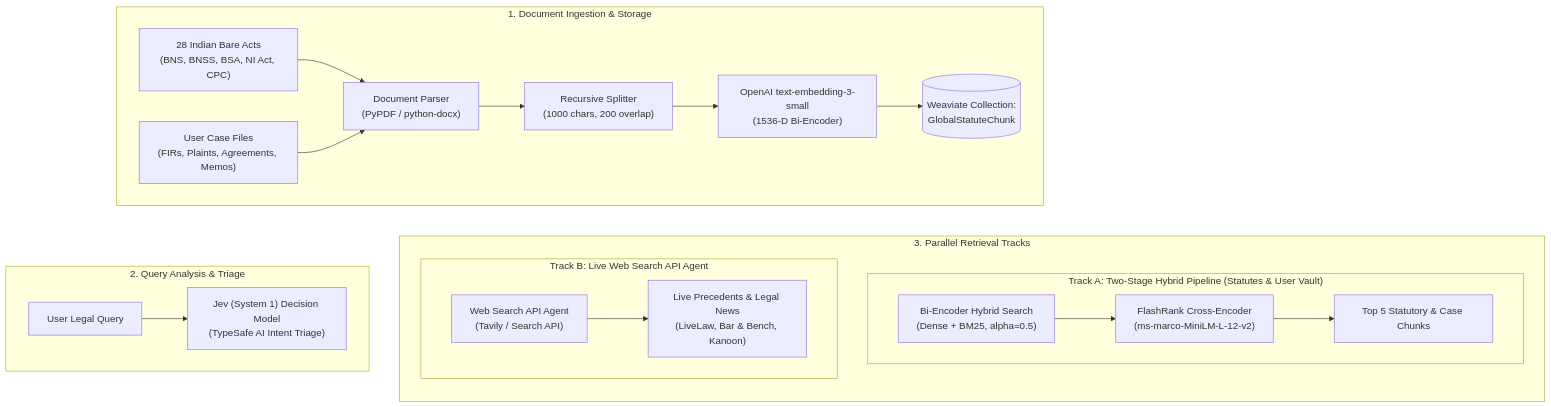
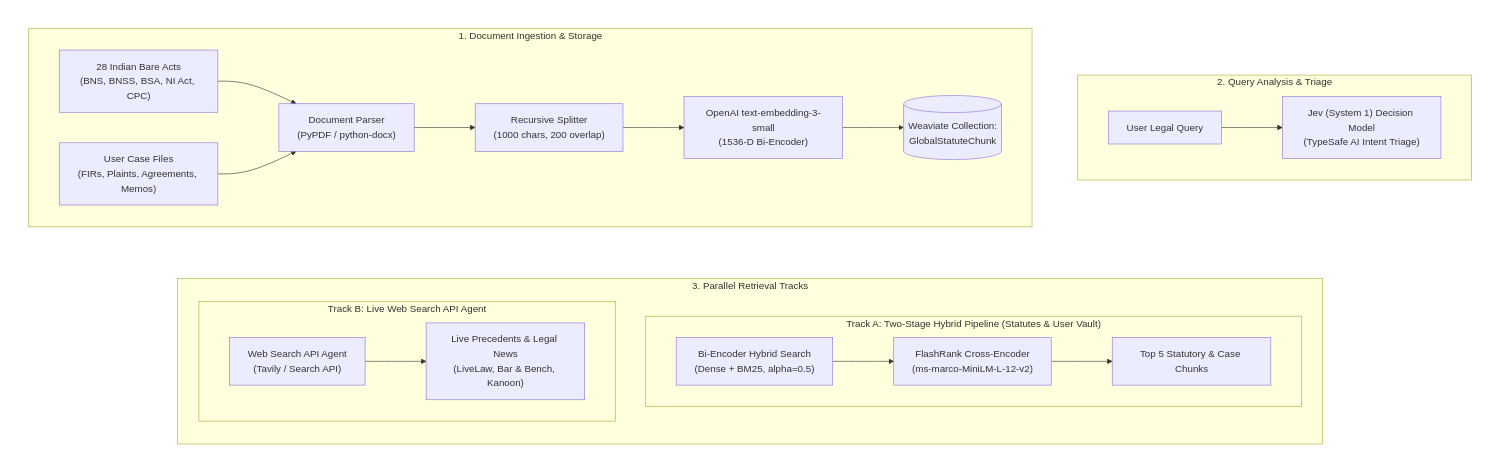
One commit to JaywardhanYadav/LegalDrishti-AI changed the first of 2 diagrams in README.md. Above: the diagram before and after it, drawn with Mermaid.

Commit message:
docs: align Box 1 and Box 2 side-by-side into one line with Box 3 below in V1 diagram

````diff
--- a/README.md
+++ b/README.md
@@ -35,37 +35,41 @@
 ```mermaid
-flowchart TB
-    subgraph INGEST_V1["1. Document Ingestion & Storage"]
+flowchart TD
+    subgraph ROW1[" "]
         direction LR
-        DOC_STATUTES["28 Indian Bare Acts\n(BNS, BNSS, BSA, NI Act, CPC)"]
-        DOC_USER["User Case Files\n(FIRs, Plaints, Agreements, Memos)"]
+        subgraph INGEST_V1["1. Document Ingestion & Storage"]
+            direction LR
+            DOC_STATUTES["28 Indian Bare Acts\n(BNS, BNSS, BSA, NI Act, CPC)"]
+            DOC_USER["User Case Files\n(FIRs, Plaints, Agreements, Memos)"]
 
-        DOC_STATUTES --> PARSER_V1["Document Parser\n(PyPDF / python-docx)"]
-        DOC_USER --> PARSER_V1
-        PARSER_V1 --> CHUNK_V1["Recursive Splitter\n(1000 chars, 200 overlap)"]
-        CHUNK_V1 --> EMBED_V1["OpenAI text-embedding-3-small\n(1536-D Bi-Encoder)"]
-        EMBED_V1 --> WEAVIATE_V1[("Weaviate Collection:\nGlobalStatuteChunk")]
+            DOC_STATUTES --> PARSER_V1["Document Parser\n(PyPDF / python-docx)"]
+            DOC_USER --> PARSER_V1
+            PARSER_V1 --> CHUNK_V1["Recursive Splitter\n(1000 chars, 200 overlap)"]
+            CHUNK_V1 --> EMBED_V1["OpenAI text-embedding-3-small\n(1536-D Bi-Encoder)"]
+            EMBED_V1 --> WEAVIATE_V1[("Weaviate Collection:\nGlobalStatuteChunk")]
+        end
+
+        INGEST_V1 ~~~ TRIAGE_V1
+
+        subgraph TRIAGE_V1["2. Query Analysis & Triage"]
+            direction LR
+            QUERY_V1["User Legal Query"] --> JEV_V1["Jev (System 1) Decision Model\n(TypeSafe AI Intent Triage)"]
+        end
     end
-
-    INGEST_V1 ~~~ TRIAGE_V1
-
-    subgraph TRIAGE_V1["2. Query Analysis & Triage"]
-        direction LR
-        QUERY_V1["User Legal Query"] --> JEV_V1["Jev (System 1) Decision Model\n(TypeSafe AI Intent Triage)"]
-    end
-
-    INGEST_V1 ~~~ RETRIEVE_V1
 
     subgraph RETRIEVE_V1["3. Parallel Retrieval Tracks"]
         direction TB
 
         subgraph PIPELINE_INTERNAL["Track A: Two-Stage Hybrid Pipeline (Statutes & User Vault)"]
             direction LR
             HYBRID_V1["Bi-Encoder Hybrid Search\n(Dense + BM25, alpha=0.5)"] --> RERANK_V1["FlashRank Cross-Encoder\n(ms-marco-MiniLM-L-12-v2)"] --> TOP_INTERNAL["Top 5 Statutory & Case Chunks"]
         end
 
         subgraph PIPELINE_WEB["Track B: Live Web Search API Agent"]
             direction LR
             AGENT_WEB["Web Search API Agent\n(Tavily / Search API)"] --> WEB_RESULTS["Live Precedents & Legal News\n(LiveLaw, Bar & Bench, Kanoon)"]
         end
     end
+
+    ROW1 ~~~ RETRIEVE_V1
+    style ROW1 fill:none,stroke:none
 ```
````
